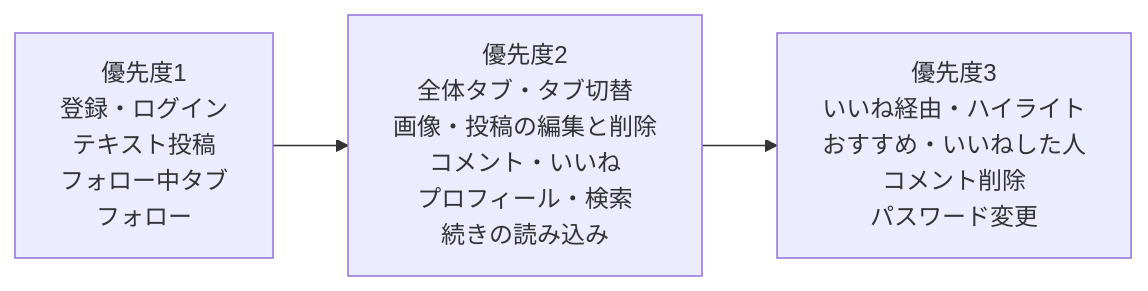
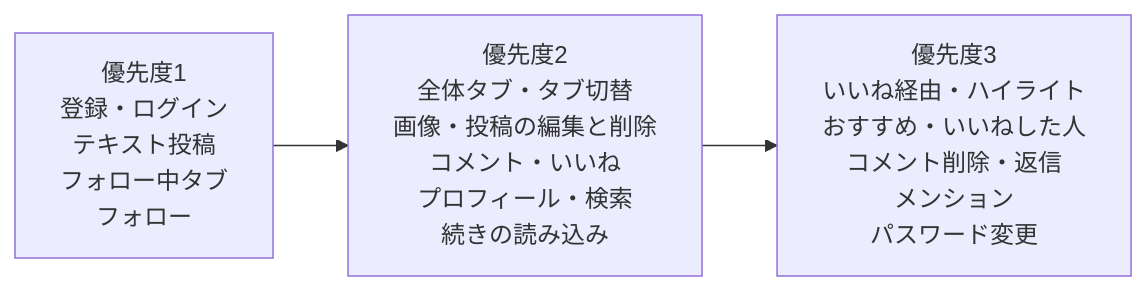
Before and after one commit to major182/RaiseTimeline: the diagram in docs/01-1_feature-list.md, drawn with Mermaid. The commit also changed other lines of this file and 4 other files, not shown here.

````diff
--- a/docs/01-1_feature-list.md
+++ b/docs/01-1_feature-list.md
@@ -136,5 +145,5 @@
 ```mermaid
 flowchart LR
     A[優先度1<br/>登録・ログイン<br/>テキスト投稿<br/>フォロー中タブ<br/>フォロー] --> B[優先度2<br/>全体タブ・タブ切替<br/>画像・投稿の編集と削除<br/>コメント・いいね<br/>プロフィール・検索<br/>続きの読み込み]
-    B --> C[優先度3<br/>いいね経由・ハイライト<br/>おすすめ・いいねした人<br/>コメント削除<br/>パスワード変更]
+    B --> C[優先度3<br/>いいね経由・ハイライト<br/>おすすめ・いいねした人<br/>コメント削除・返信<br/>メンション<br/>パスワード変更]
 ```
````
